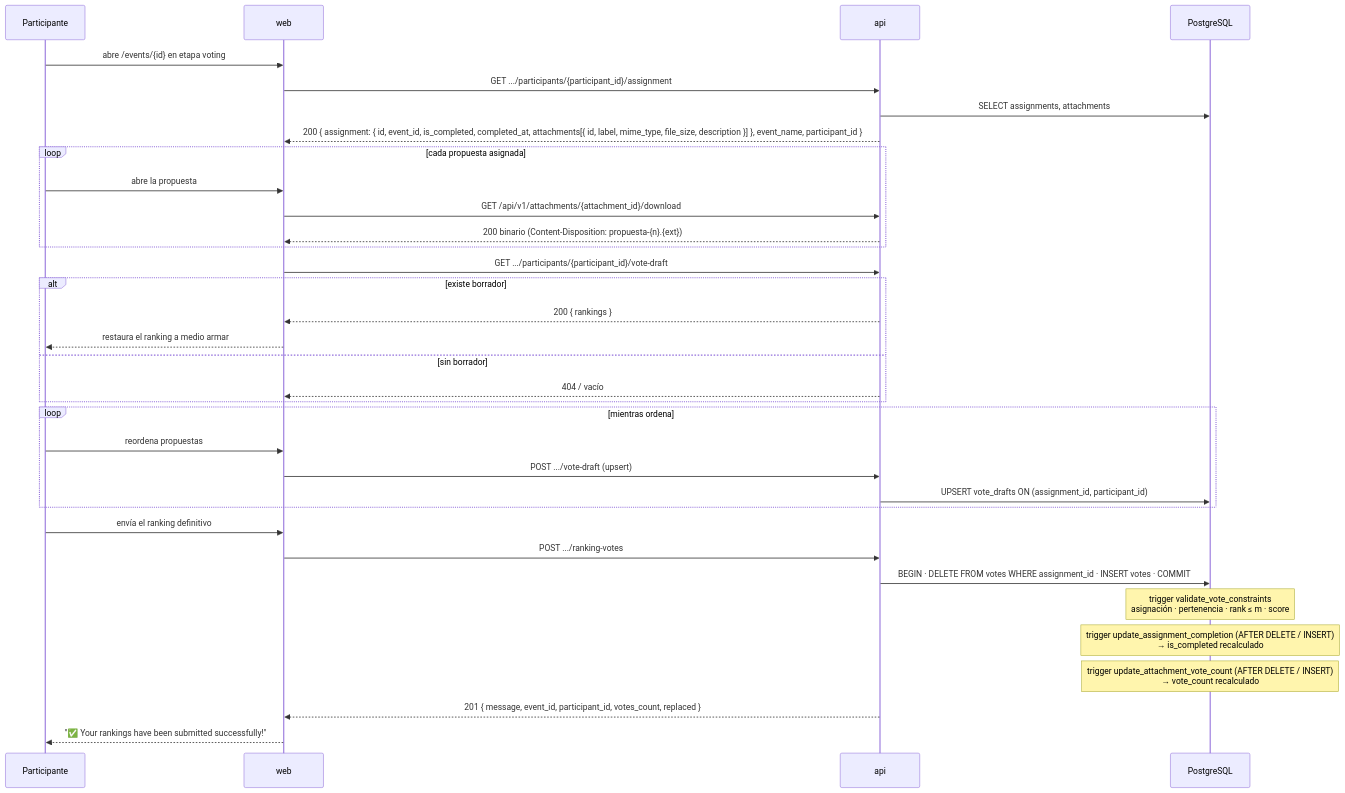
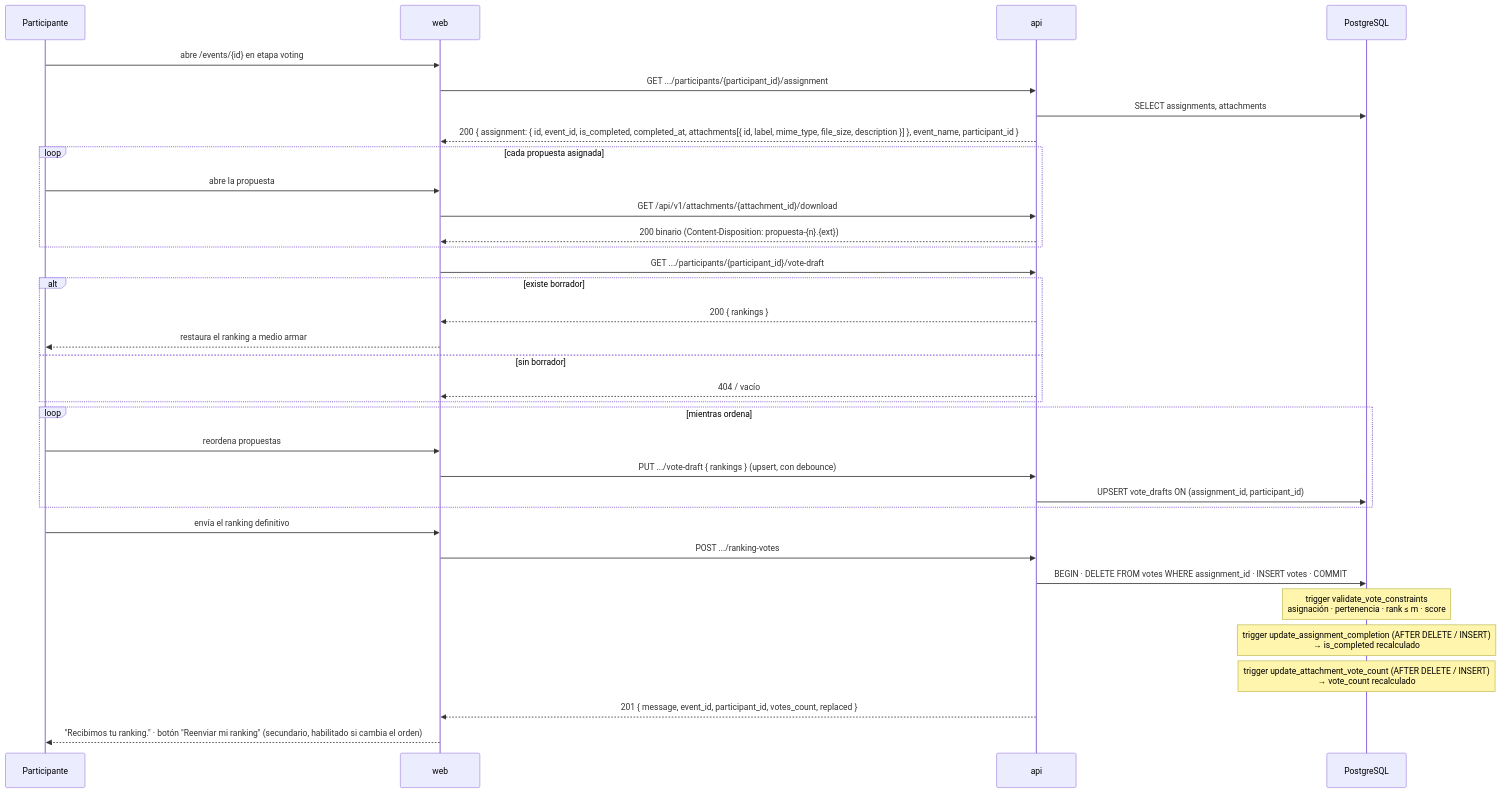
Before and after one commit to gravadigital/telescope: the diagram in docs/flows/evaluacion-y-envio-de-ranking.md, drawn with Mermaid. The commit also changed other lines of this file and 36 other files, not shown here.

First line of the commit message:
feat(story-S-017/web): armado y reenvío del ranking con lista ordenable

````diff
--- a/docs/flows/evaluacion-y-envio-de-ranking.md
+++ b/docs/flows/evaluacion-y-envio-de-ranking.md
@@ -49,41 +43,41 @@
 ```mermaid
 sequenceDiagram
     participant P as Participante
     participant WEB as web
     participant API as api
     participant DB as PostgreSQL
 
     P->>WEB: abre /events/{id} en etapa voting
     WEB->>API: GET .../participants/{participant_id}/assignment
     API->>DB: SELECT assignments, attachments
     API-->>WEB: 200 { assignment: { id, event_id, is_completed, completed_at, attachments[{ id, label, mime_type, file_size, description }] }, event_name, participant_id }
 
     loop cada propuesta asignada
         P->>WEB: abre la propuesta
         WEB->>API: GET /api/v1/attachments/{attachment_id}/download
         API-->>WEB: 200 binario (Content-Disposition: propuesta-{n}.{ext})
     end
 
     WEB->>API: GET .../participants/{participant_id}/vote-draft
     alt existe borrador
         API-->>WEB: 200 { rankings }
         WEB-->>P: restaura el ranking a medio armar
     else sin borrador
         API-->>WEB: 404 / vacío
     end
 
     loop mientras ordena
         P->>WEB: reordena propuestas
-        WEB->>API: POST .../vote-draft (upsert)
+        WEB->>API: PUT .../vote-draft { rankings } (upsert, con debounce)
         API->>DB: UPSERT vote_drafts ON (assignment_id, participant_id)
     end
 
     P->>WEB: envía el ranking definitivo
     WEB->>API: POST .../ranking-votes
     API->>DB: BEGIN · DELETE FROM votes WHERE assignment_id · INSERT votes · COMMIT
     Note over DB: trigger validate_vote_constraints<br/>asignación · pertenencia · rank ≤ m · score
     Note over DB: trigger update_assignment_completion (AFTER DELETE / INSERT)<br/>→ is_completed recalculado
     Note over DB: trigger update_attachment_vote_count (AFTER DELETE / INSERT)<br/>→ vote_count recalculado
     API-->>WEB: 201 { message, event_id, participant_id, votes_count, replaced }
-    WEB-->>P: "✅ Your rankings have been submitted successfully!"
+    WEB-->>P: "Recibimos tu ranking." · botón "Reenviar mi ranking" (secundario, habilitado si cambia el orden)
 ```
````
